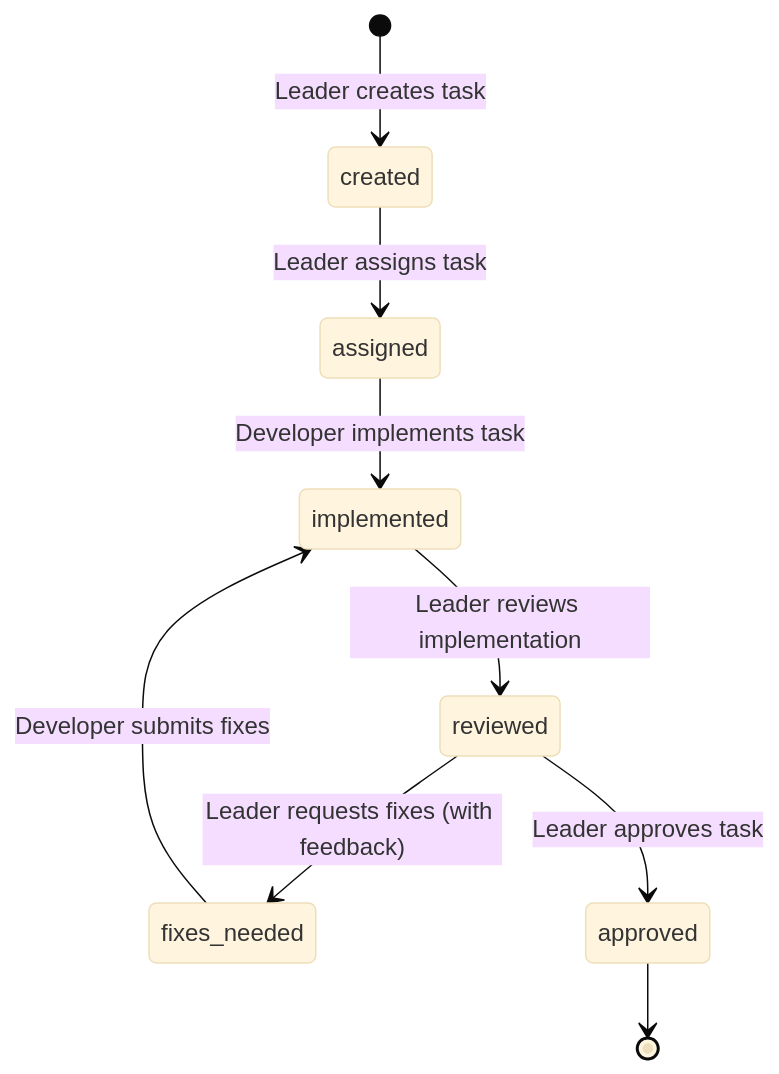
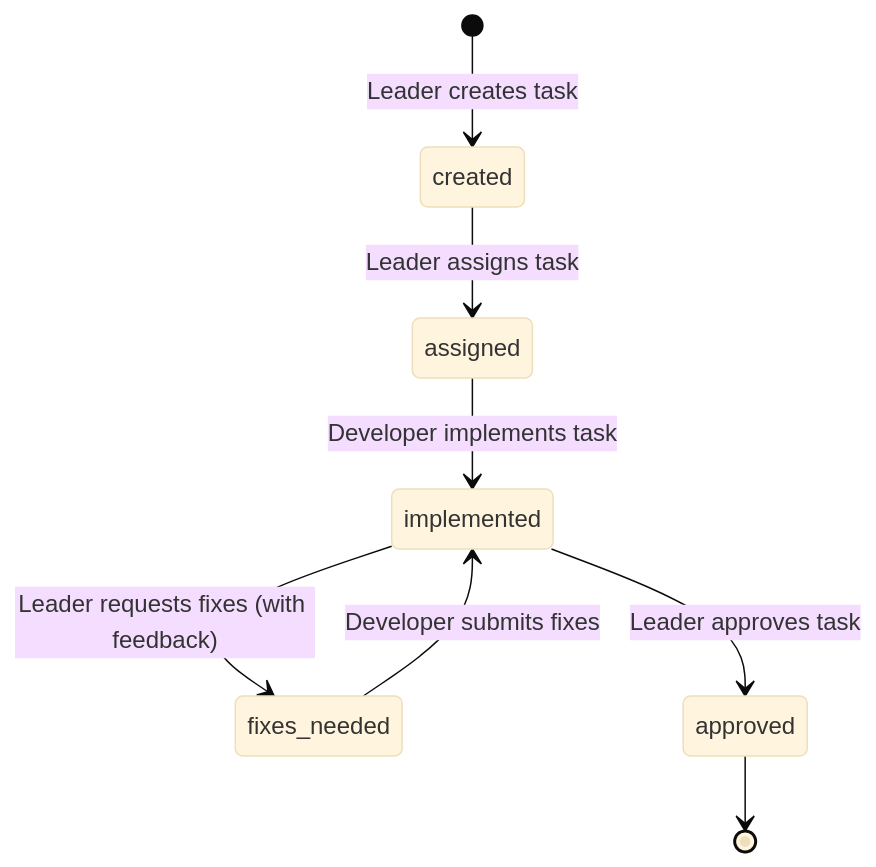
The ninth of 10 diagrams in docs/a2a-flow.md (giauphan/codeatlas-platform), drawn with Mermaid (base theme) before and after one commit. The commit also changed other lines of this file and 8 other files, not shown here.

````diff
--- a/docs/a2a-flow.md
+++ b/docs/a2a-flow.md
@@ -213,11 +213,10 @@
 ```mermaid
 stateDiagram-v2
     [*] --> created: Leader creates task
     created --> assigned: Leader assigns task
     assigned --> implemented: Developer implements task
-    implemented --> reviewed: Leader reviews implementation
-    reviewed --> fixes_needed: Leader requests fixes (with feedback)
-    reviewed --> approved: Leader approves task
+    implemented --> fixes_needed: Leader requests fixes (with feedback)
+    implemented --> approved: Leader approves task
     fixes_needed --> implemented: Developer submits fixes
     approved --> [*]
 ```
````
